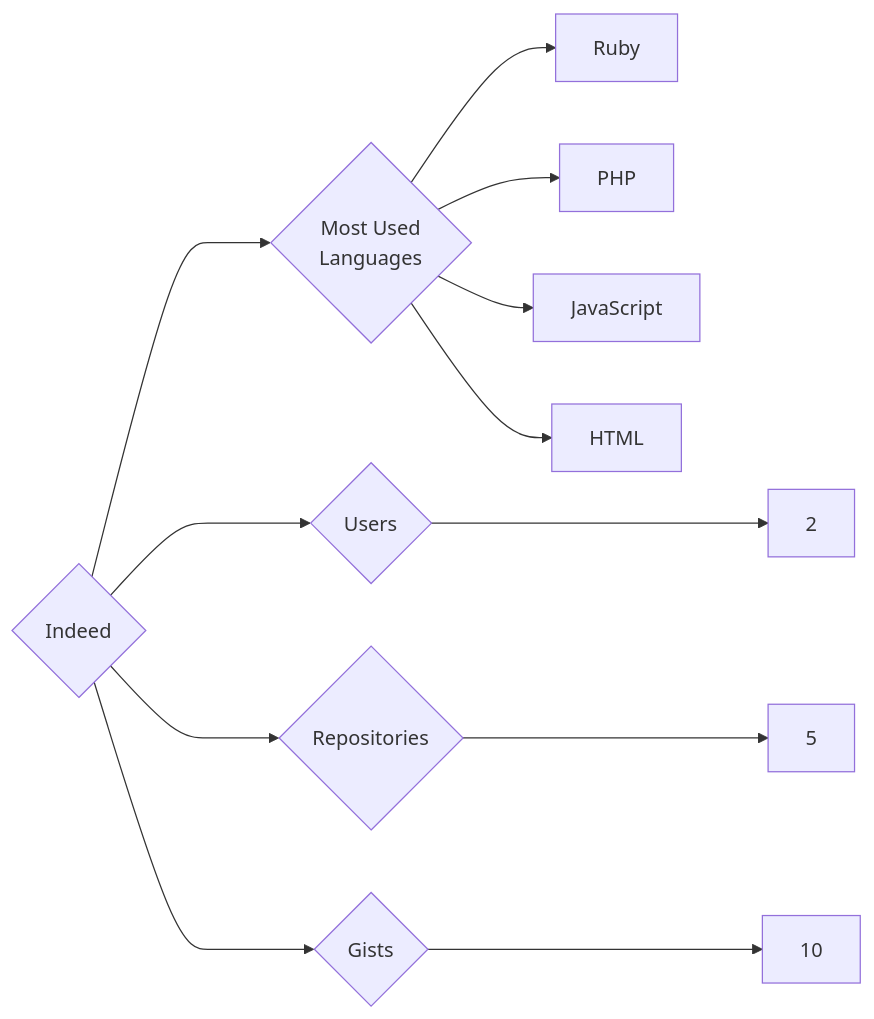
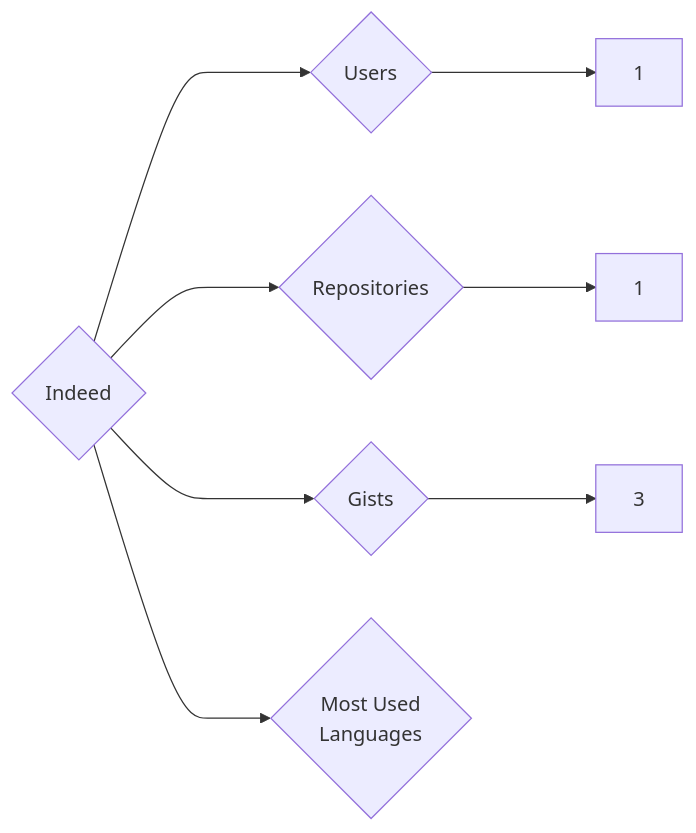
One commit to trickest/insiders changed the diagram in targets/Indeed/README.md. Above: the diagram before and after it, drawn with Mermaid. The commit also changed 840 other files, not shown here.

````diff
--- a/targets/Indeed/README.md
+++ b/targets/Indeed/README.md
@@ -3,12 +3,8 @@
 ```mermaid
 graph LR
 COMPANY_NAME{Indeed}
-COMPANY_NAME ---> U{Users} ---> UN[2]
-COMPANY_NAME ---> R{Repositories} ---> RN[5]
-COMPANY_NAME ---> G{Gists} ---> GN[10]
+COMPANY_NAME ---> U{Users} ---> UN[1]
+COMPANY_NAME ---> R{Repositories} ---> RN[1]
+COMPANY_NAME ---> G{Gists} ---> GN[3]
 COMPANY_NAME ---> ML{Most Used<br>Languages}
-ML --> Ruby[Ruby]
-ML --> PHP[PHP]
-ML --> JavaScript[JavaScript]
-ML --> HTML[HTML]
 ```
````
